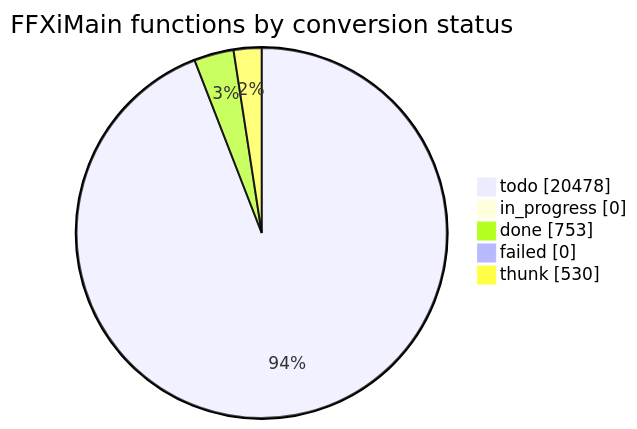
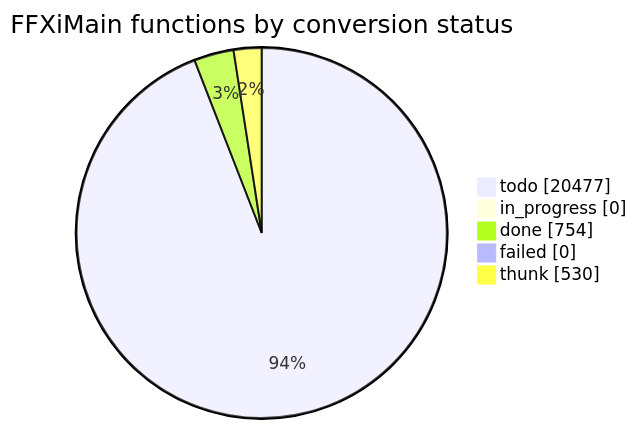
One commit to cowrevenge/cow_kuluu_xi_anything changed the diagram in docs/cow/STATUS.md. Above: the diagram before and after it, drawn with Mermaid. The commit also changed other lines of this file and 9 other files, not shown here.

````diff
--- a/docs/cow/STATUS.md
+++ b/docs/cow/STATUS.md
@@ -18,9 +18,9 @@
 ```mermaid
 pie showData
     title FFXiMain functions by conversion status
-    "todo" : 20478
+    "todo" : 20477
     "in_progress" : 0
-    "done" : 753
+    "done" : 754
     "failed" : 0
     "thunk" : 530
 ```
````
